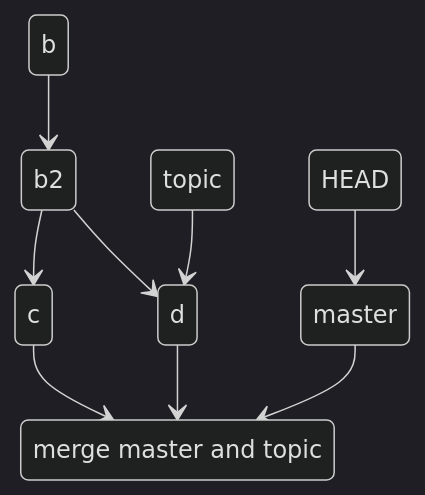
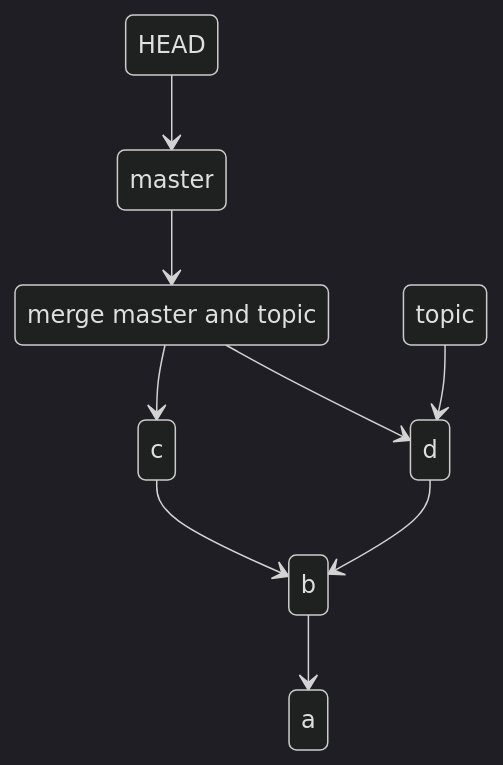
Before and after one commit to dhay3/archiVe: the fourth of 11 diagrams in Docs/Ops/Git/cli/git merge.md, drawn with Mermaid (dark theme). The commit also changed other lines of this file and 9 other files, not shown here.

````diff
--- a/Docs/Ops/Git/cli/git merge.md
+++ b/Docs/Ops/Git/cli/git merge.md
@@ -338,12 +280,12 @@
 ```mermaid
 stateDiagram-v2
-	e: merge master and topic
-	b-->b2
-	b2-->c
-	b2-->d
-	c -->e 
-	d -->e
+	e:merge master and topic
+	b-->a
+	c-->b
+	d-->b
+	e-->c
+	e-->d
 	HEAD-->master
+	master-->e
 	topic-->d
-	master-->e
 ```
````
